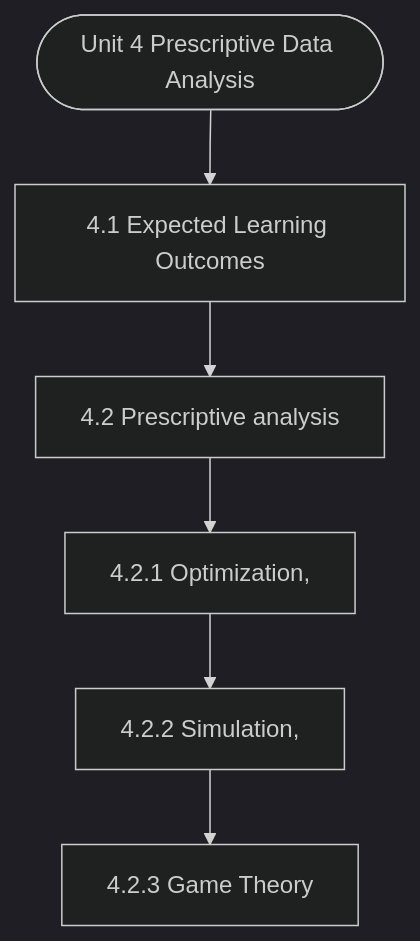
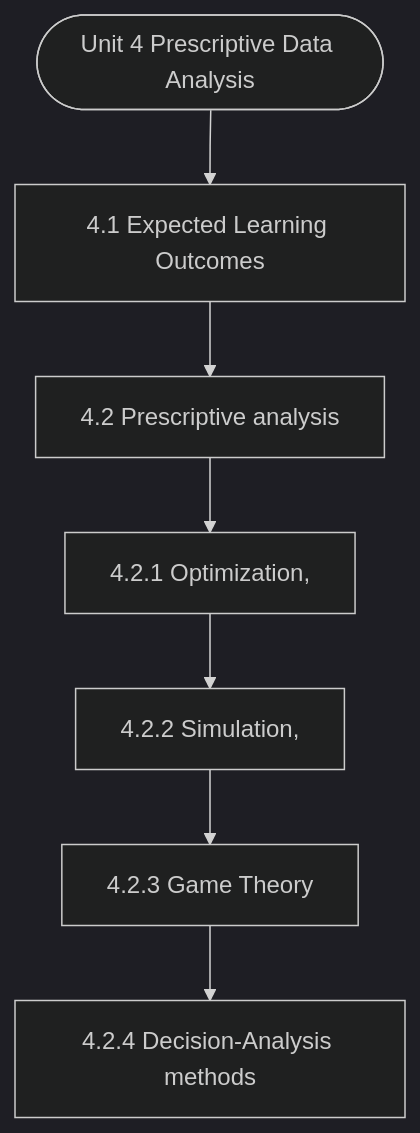
Before and after one commit to Asutosh-Coaching/mscdsa: the diagram in notes/Semester_2/MCS-068_Predictive_Data_Analysis/unit_04_Prescriptive_Data_Analysis.md, drawn with Mermaid (dark theme). The commit also changed other lines of this file and 116 other files, not shown here.

````diff
--- a/notes/Semester_2/MCS-068_Predictive_Data_Analysis/unit_04_Prescriptive_Data_Analysis.md
+++ b/notes/Semester_2/MCS-068_Predictive_Data_Analysis/unit_04_Prescriptive_Data_Analysis.md
@@ -19,14 +19,16 @@
 ```mermaid
 flowchart TD
   Start(["Unit 4 Prescriptive Data Analysis"])
   N1["4.1 Expected Learning Outcomes"]
   N2["4.2 Prescriptive analysis"]
   N3["4.2.1 Optimization,"]
   N4["4.2.2 Simulation,"]
   N5["4.2.3 Game Theory"]
+  N6["4.2.4 Decision-Analysis methods"]
   Start --> N1
   N1 --> N2
   N2 --> N3
   N3 --> N4
   N4 --> N5
+  N5 --> N6
 ```
````
